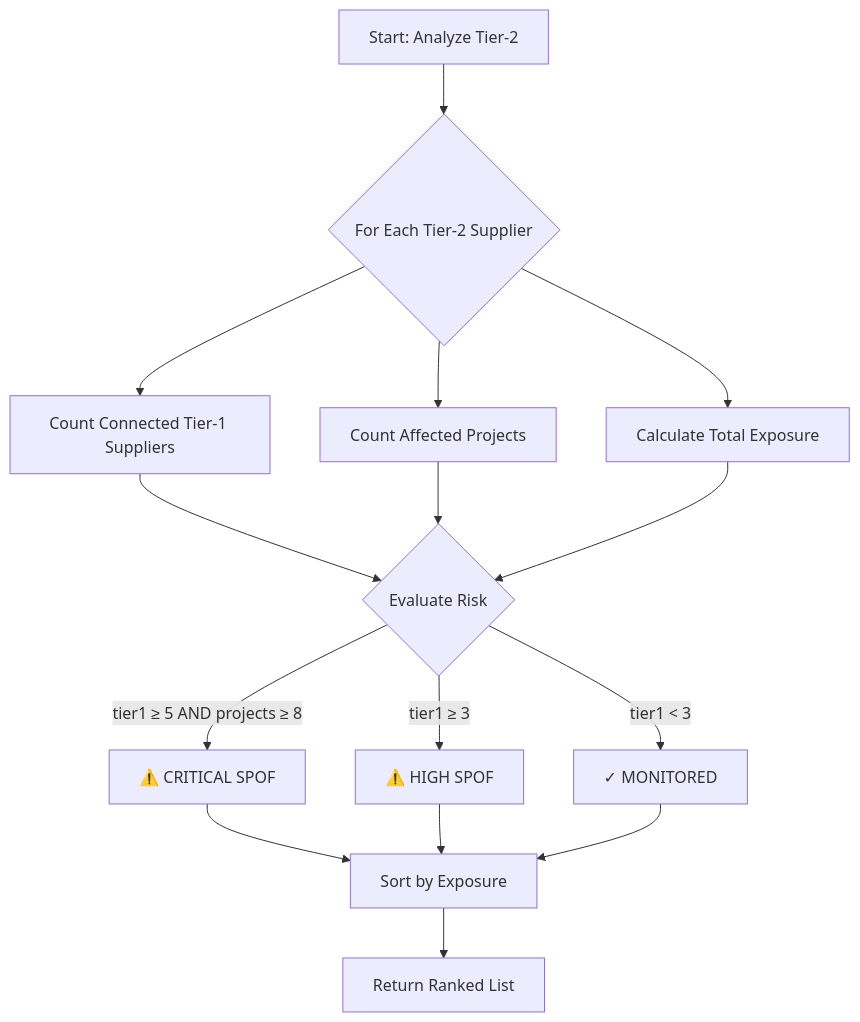
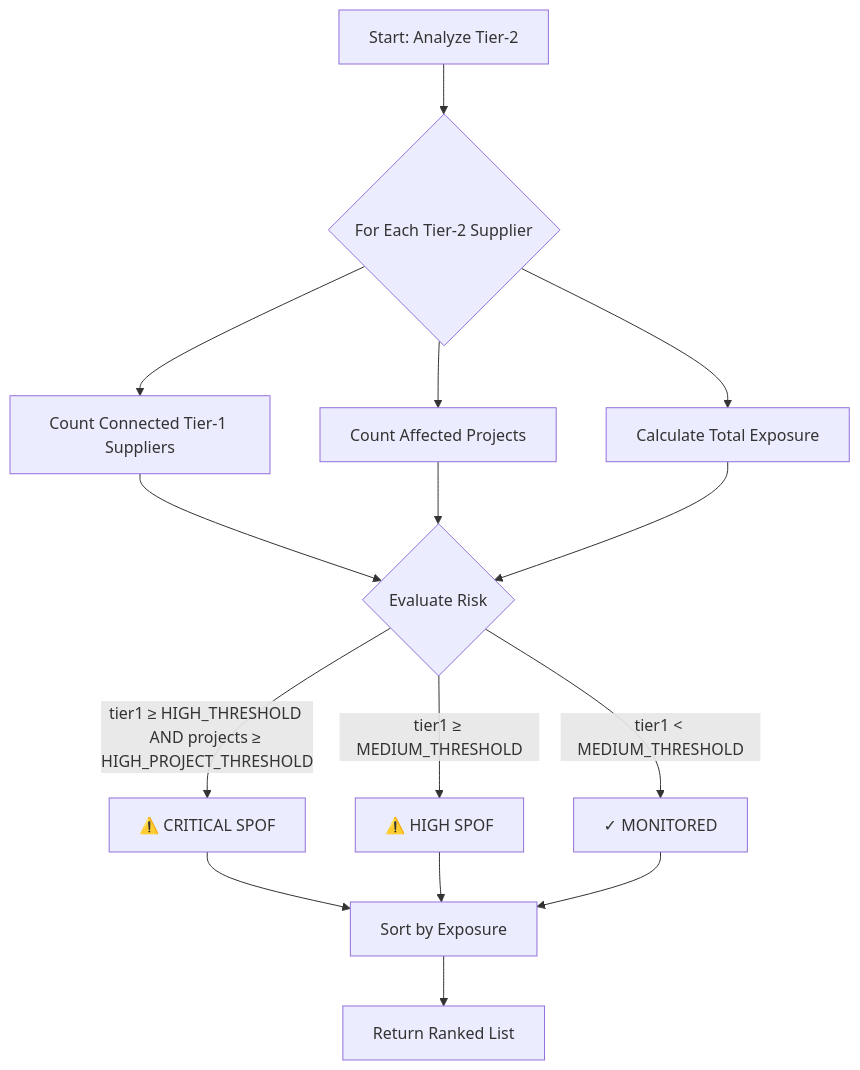
Before and after one commit to minarovic/front_archi-agent: the first of 2 diagrams in docs_langgraph/workshop_presentation/03_tierindex_context.md, drawn with Mermaid. The commit also changed other lines of this file and 21 other files, not shown here.

````diff
--- a/docs_langgraph/workshop_presentation/03_tierindex_context.md
+++ b/docs_langgraph/workshop_presentation/03_tierindex_context.md
@@ -135,17 +102,17 @@
 ```mermaid
 graph TD
     A[Start: Analyze Tier-2] --> B{For Each Tier-2 Supplier}
     B --> C[Count Connected Tier-1 Suppliers]
     B --> D[Count Affected Projects]
     B --> E[Calculate Total Exposure]
     C --> F{Evaluate Risk}
     D --> F
     E --> F
-    F -->|tier1 ≥ 5 AND projects ≥ 8| G["⚠️ CRITICAL SPOF"]
-    F -->|tier1 ≥ 3| H["⚠️ HIGH SPOF"]
-    F -->|tier1 < 3| I["✓ MONITORED"]
+    F -->|tier1 ≥ HIGH_THRESHOLD AND projects ≥ HIGH_PROJECT_THRESHOLD| G["⚠️ CRITICAL SPOF"]
+    F -->|tier1 ≥ MEDIUM_THRESHOLD| H["⚠️ HIGH SPOF"]
+    F -->|tier1 < MEDIUM_THRESHOLD| I["✓ MONITORED"]
     G --> J[Sort by Exposure]
     H --> J
     I --> J
     J --> K[Return Ranked List]
 ```
````
